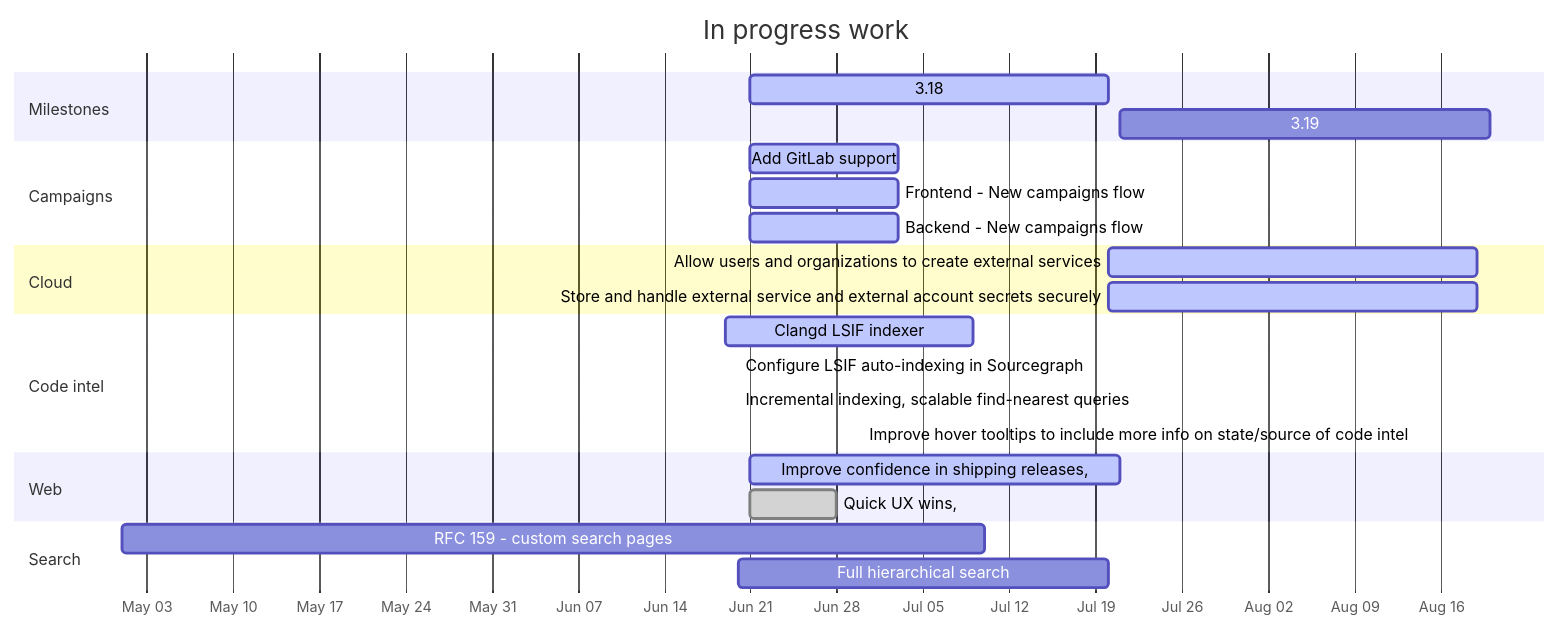
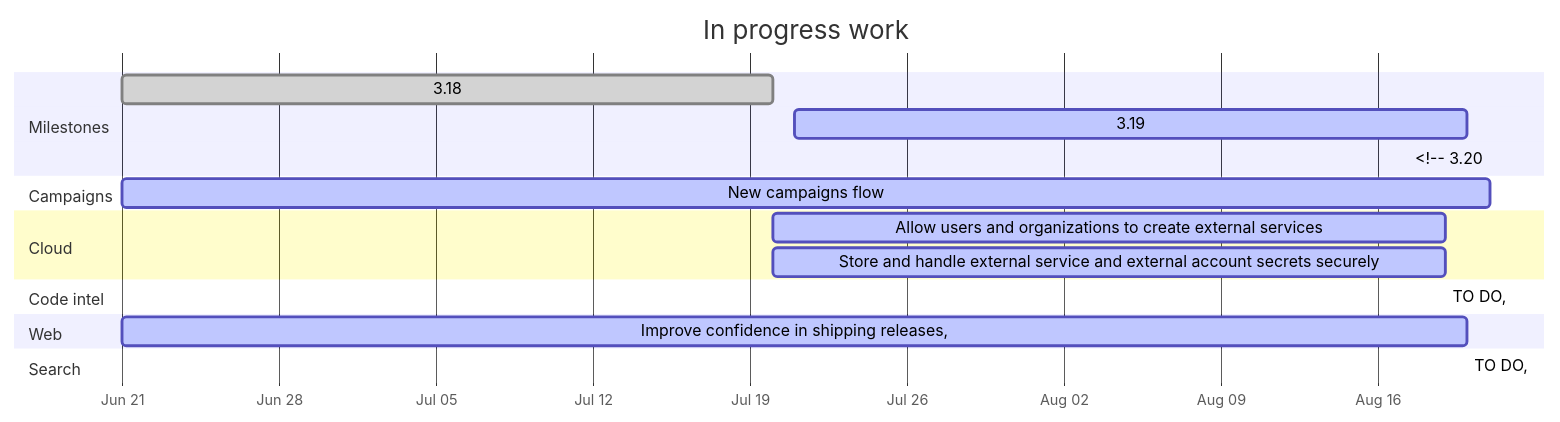
The diagram in handbook/product/roadmap.md (sourcegraph/about), drawn with Mermaid before and after one commit. The commit also changed other lines of this file, not shown here.

```diff
--- a/handbook/product/roadmap.md
+++ b/handbook/product/roadmap.md
@@ -7,33 +7,27 @@
 <pre class="mermaid" data-rendered-width="150%" data-scroll-right="50%">
 gantt
     title In progress work
     dateFormat YYYY-MM-DD
     axisFormat %b %d
 
 section Milestones
-    3.18 :active, release-3.18, 2020-06-21, 2020-07-20
-    3.19 :release-3.19, 2020-07-21, 2020-08-20
+    3.18 :done, release-3.18, 2020-06-21, 2020-07-20
+    3.19 :active, release-3.19, 2020-07-21, 2020-08-20
+    <!-- 3.20 :release-3.20, 2020-08-21, 2020-09-20 -->
 
 section Campaigns
-    Add GitLab support :active, 2020-06-21, 12d
-    Frontend - New campaigns flow :active, 2020-06-21, 12d
-    Backend - New campaigns flow :active, 2020-06-21, 12d
+    New campaigns flow :active, 2020-06-21, 2020-08-21
 
 section Cloud
     Allow users and organizations to create external services :active, 2020-07-20, 30d
     Store and handle external service and external account secrets securely :active, 2020-07-20, 30d
 
 section Code intel
-    Clangd LSIF indexer :active, 2020-06-19, 20d
-    Configure LSIF auto-indexing in Sourcegraph :active, 2020-06-20, 0d
-    Incremental indexing, scalable find-nearest queries :active, 2020-06-20, 0d
-    Improve hover tooltips to include more info on state/source of code intel :active, 2020-06-30, 0d
+    TO DO, :active, after release-3.18
 
 section Web
-    Improve confidence in shipping releases, :active, 2020-06-21, 30d
-    Quick UX wins, :done, 2020-06-21, 7d
+    Improve confidence in shipping releases, :active, 2020-06-21, 60d
 
 section Search
-    RFC 159 - custom search pages :2020-05-01, 70d
-    Full hierarchical search :2020-06-20, 30d
+    TO DO, :active, after release-3.18
 </pre>
```
